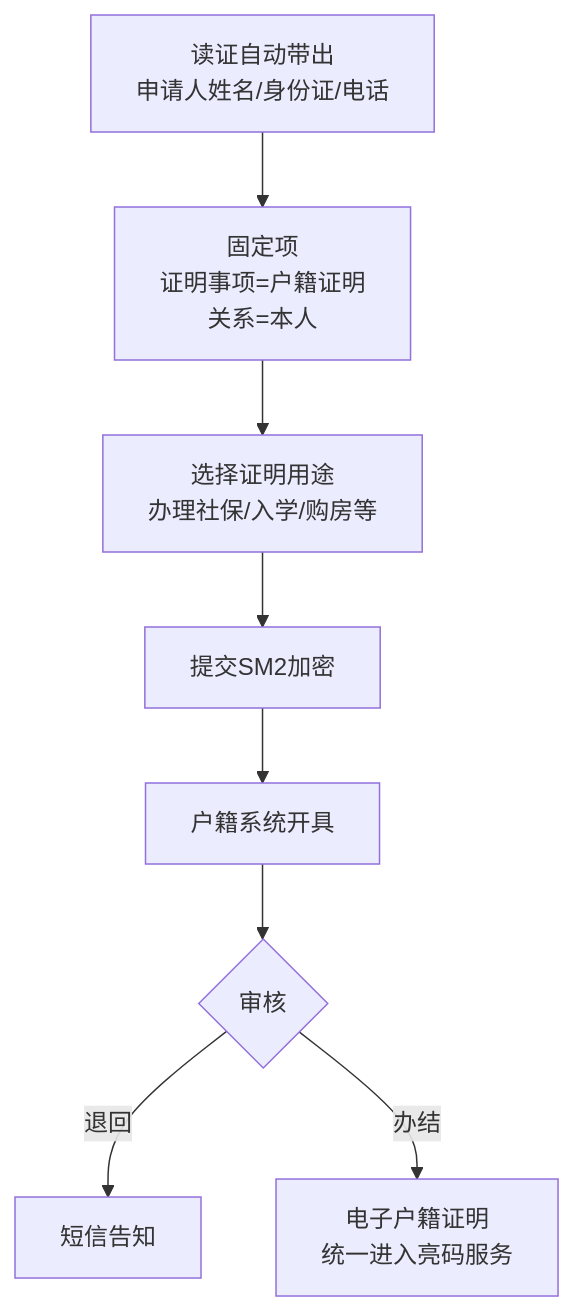
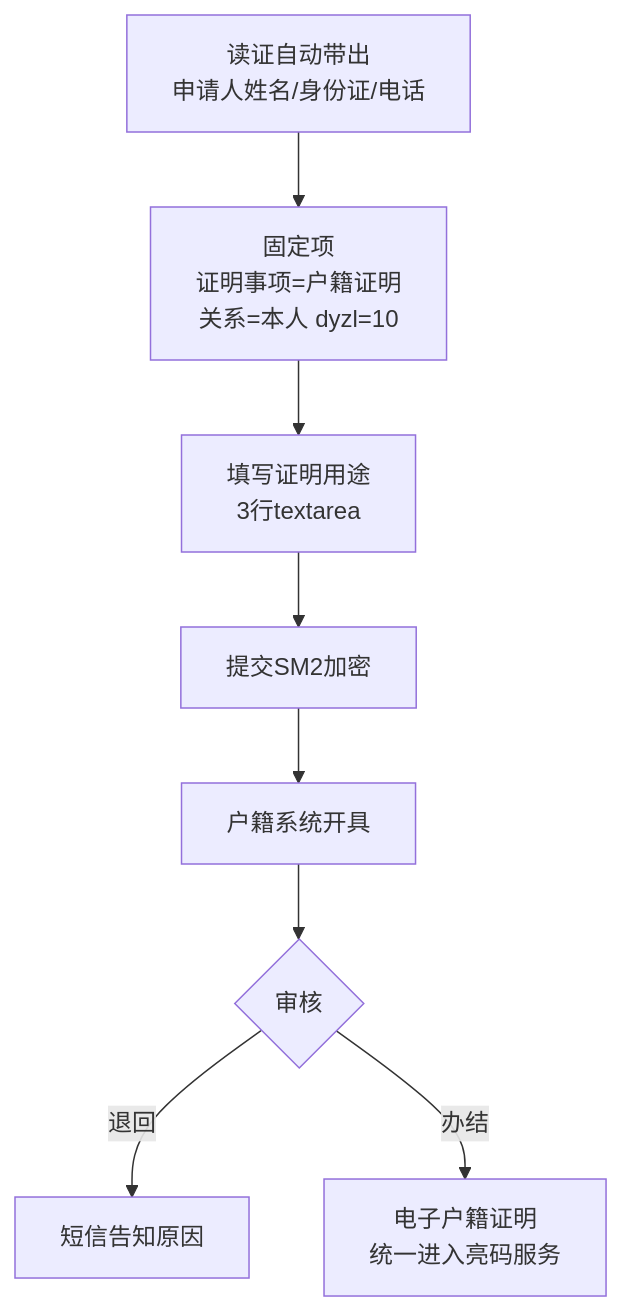
The third of 8 diagrams in 户政业务功能说明.md (ikid-zhang/linzhi-miniprogram-prototype), drawn with Mermaid before and after one commit. The commit also changed other lines of this file, not shown here.

````diff
--- a/户政业务功能说明.md
+++ b/户政业务功能说明.md
@@ -309,9 +278,9 @@
 ```mermaid
 flowchart TD
-    A[读证自动带出<br/>申请人姓名/身份证/电话] --> B[固定项<br/>证明事项=户籍证明<br/>关系=本人]
-    B --> C[选择证明用途<br/>办理社保/入学/购房等]
+    A[读证自动带出<br/>申请人姓名/身份证/电话] --> B[固定项<br/>证明事项=户籍证明<br/>关系=本人 dyzl=10]
+    B --> C[填写证明用途<br/>3行textarea]
     C --> D[提交SM2加密] --> E[户籍系统开具]
     E --> F{审核}
-    F -->|退回| R[短信告知]
+    F -->|退回| R[短信告知原因]
     F -->|办结| G[电子户籍证明<br/>统一进入亮码服务]
 ```
````
